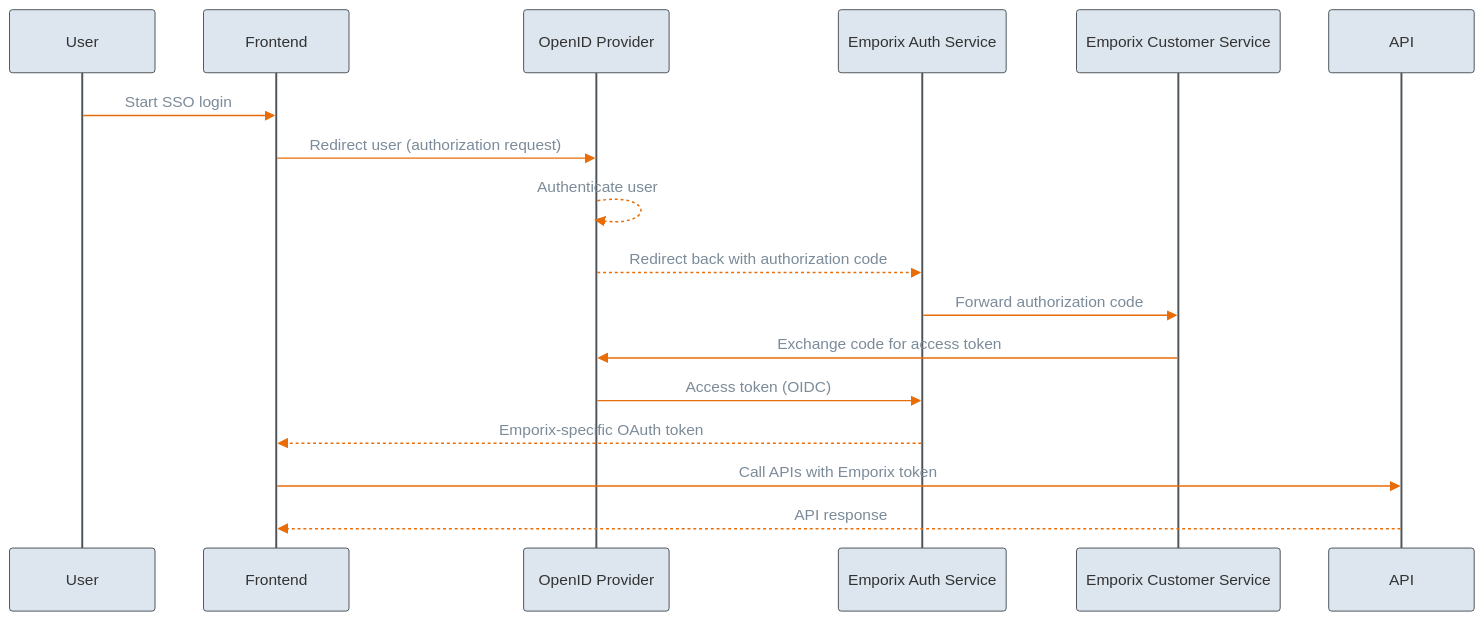
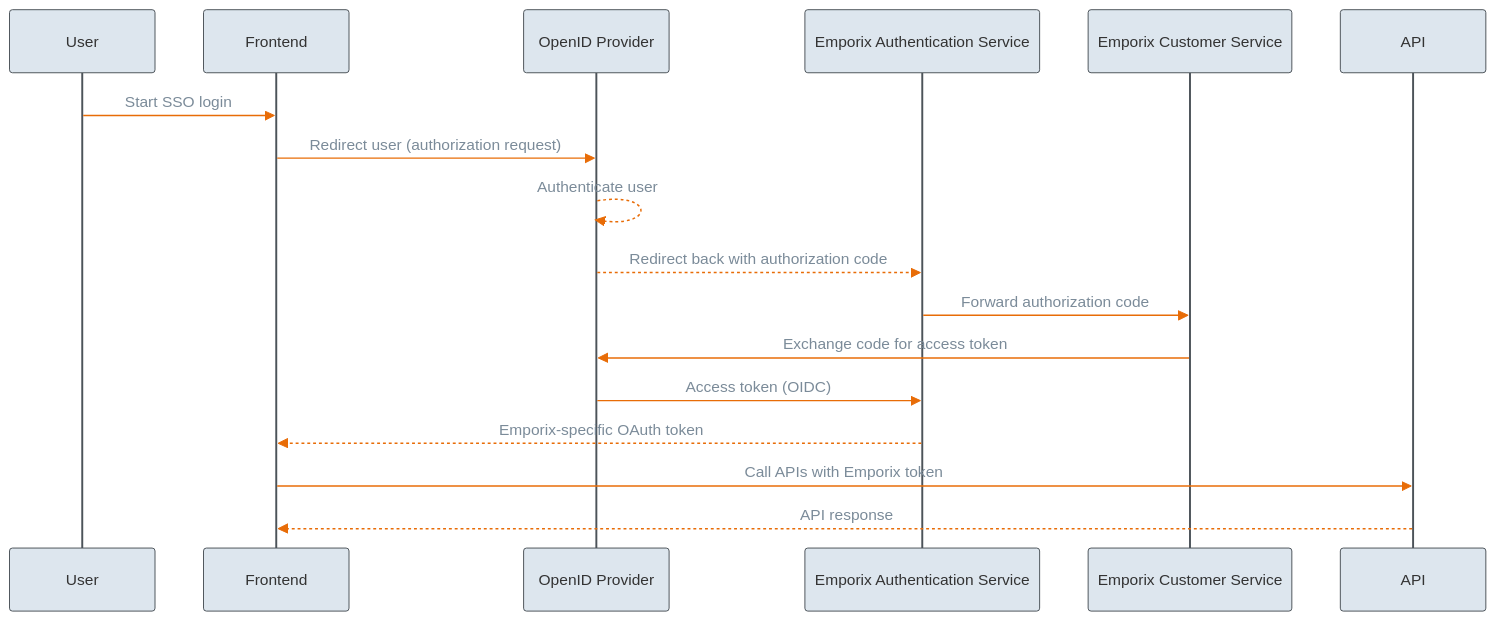
The diagram in quickstart/authentication/sso-authentication.md (emporix/api-references), drawn with Mermaid before and after one commit. The commit also changed other lines of this file and 3 other files, not shown here.

````diff
--- a/quickstart/authentication/sso-authentication.md
+++ b/quickstart/authentication/sso-authentication.md
@@ -54,27 +54,27 @@
 ```mermaid
 ---
 config:
   layout: fixed
   theme: base
   themeVariables:
     primaryColor: '#DDE6EE'
     primaryBorderColor: '#4C5359'
     actorBkg: '#DDE6EE'
     actorBorder: '#4C5359'
     actorLineColor: '#4C5359'
     signalColor: '#E86C07'
     signalTextColor: '#7B8B99'
     background: transparent 
 ---
 sequenceDiagram
   User->>Frontend: Start SSO login
 Frontend->>OpenID Provider: Redirect user (authorization request)
 OpenID Provider-->>OpenID Provider: Authenticate user
-OpenID Provider-->>Emporix Auth Service: Redirect back with authorization code
-Emporix Auth Service->>Emporix Customer Service: Forward authorization code
+OpenID Provider-->>Emporix Authentication Service: Redirect back with authorization code
+Emporix Authentication Service->>Emporix Customer Service: Forward authorization code
 Emporix Customer Service->>OpenID Provider: Exchange code for access token
-OpenID Provider->>Emporix Auth Service: Access token (OIDC)
-Emporix Auth Service-->>Frontend: Emporix-specific OAuth token
+OpenID Provider->>Emporix Authentication Service: Access token (OIDC)
+Emporix Authentication Service-->>Frontend: Emporix-specific OAuth token
 Frontend->>API: Call APIs with Emporix token
 API-->>Frontend: API response
 ```
````
